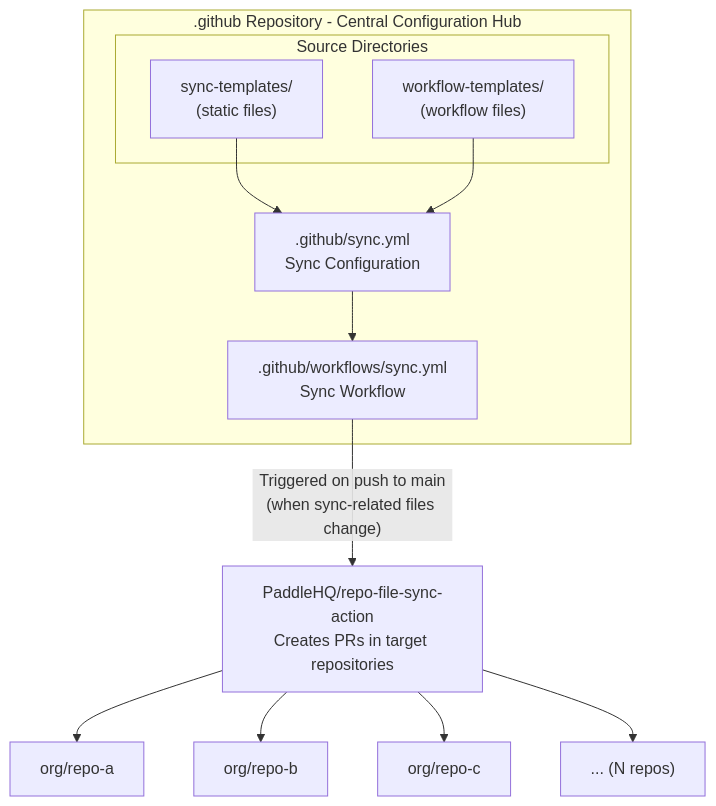
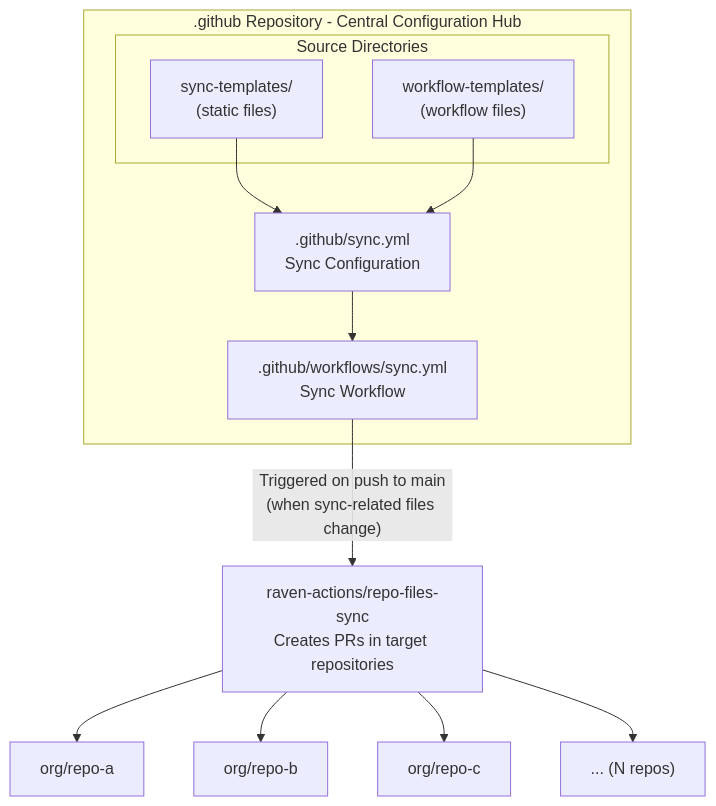
Before and after one commit to radius-project/.github: the first of 2 diagrams in eng/SYNC.md, drawn with Mermaid. The commit also changed other lines of this file and 2 other files, not shown here.

````diff
--- a/eng/SYNC.md
+++ b/eng/SYNC.md
@@ -57,25 +57,25 @@
 ```mermaid
 flowchart TB
     subgraph central[".github Repository - Central Configuration Hub"]
         subgraph sources["Source Directories"]
             sync_templates["sync-templates/<br/>(static files)"]
             workflow_templates["workflow-templates/<br/>(workflow files)"]
         end
 
         sync_config[".github/sync.yml<br/>Sync Configuration"]
         sync_workflow[".github/workflows/sync.yml<br/>Sync Workflow"]
 
         sync_templates --> sync_config
         workflow_templates --> sync_config
         sync_config --> sync_workflow
     end
 
     sync_workflow -->|"Triggered on push to main<br/>(when sync-related files change)"| sync_action
 
-    sync_action["PaddleHQ/repo-file-sync-action<br/>Creates PRs in target repositories"]
+    sync_action["raven-actions/repo-files-sync<br/>Creates PRs in target repositories"]
 
     sync_action --> repo_a["org/repo-a"]
     sync_action --> repo_b["org/repo-b"]
     sync_action --> repo_c["org/repo-c"]
     sync_action --> repo_n["... (N repos)"]
 ```
````
